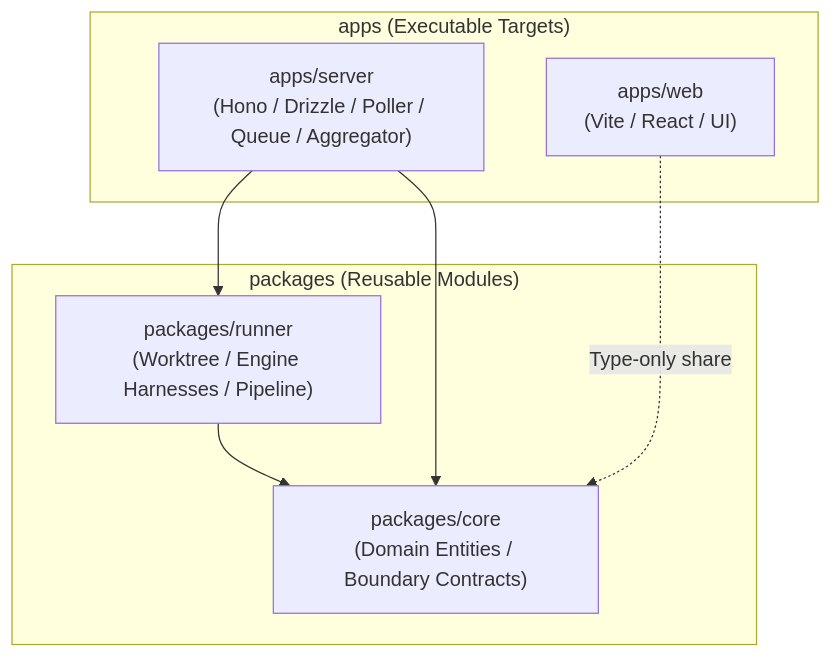
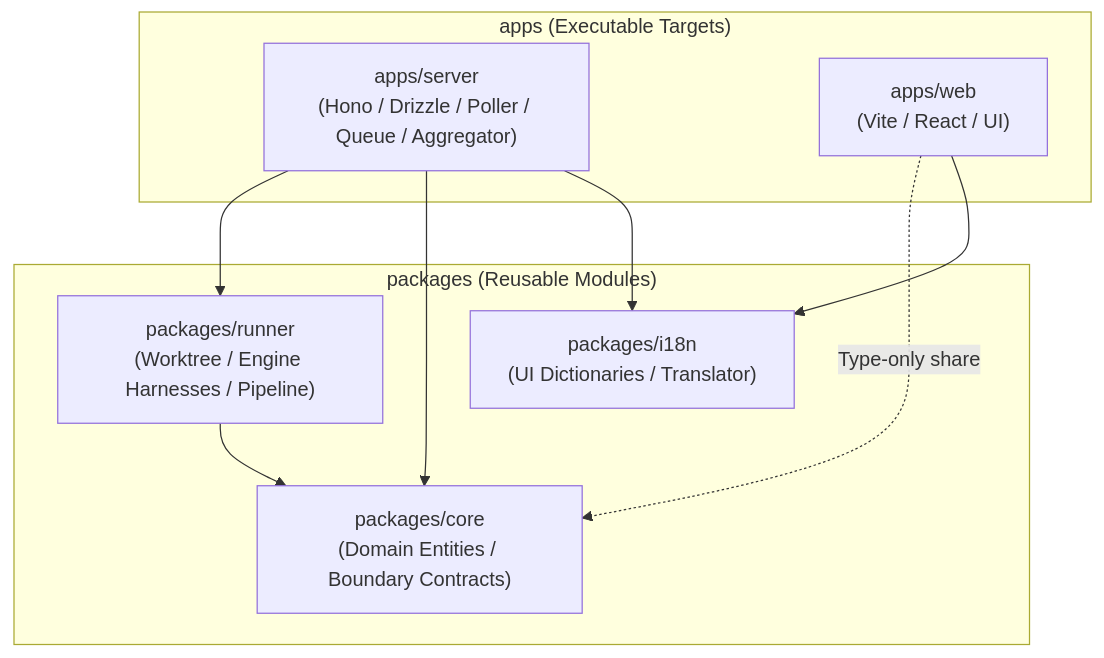
The first of 2 diagrams in docs/architecture.md (fuji44/kuramori), drawn with Mermaid before and after one commit. The commit also changed other lines of this file and 9 other files, not shown here.

Commit message:
docs: align architecture, operations, api, and agent guidelines with current implementation

````diff
--- a/docs/architecture.md
+++ b/docs/architecture.md
@@ -19,17 +19,20 @@
 ```mermaid
 flowchart TD
     subgraph AppsArea["apps (Executable Targets)"]
         ServerApp["apps/server<br>(Hono / Drizzle / Poller / Queue / Aggregator)"]
         WebApp["apps/web<br>(Vite / React / UI)"]
     end
 
     subgraph PackagesArea["packages (Reusable Modules)"]
         RunnerPkg["packages/runner<br>(Worktree / Engine Harnesses / Pipeline)"]
         CorePkg["packages/core<br>(Domain Entities / Boundary Contracts)"]
+        I18nPkg["packages/i18n<br>(UI Dictionaries / Translator)"]
     end
 
     ServerApp --> RunnerPkg
     ServerApp --> CorePkg
+    ServerApp --> I18nPkg
     WebApp -.->|Type-only share| CorePkg
+    WebApp --> I18nPkg
     RunnerPkg --> CorePkg
 ```
````
